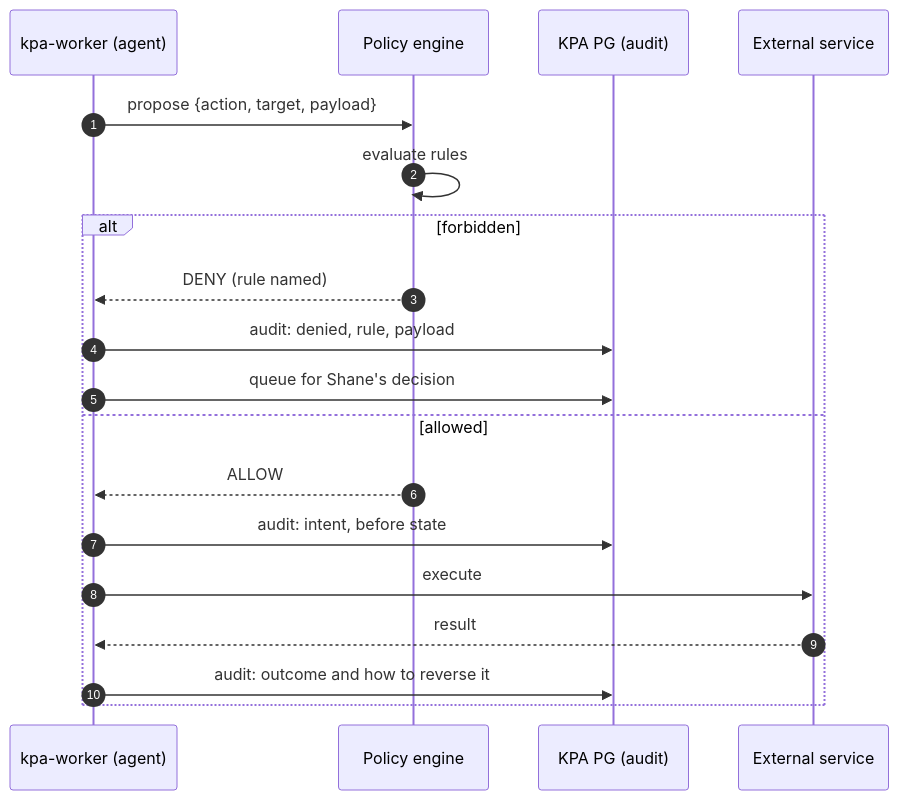
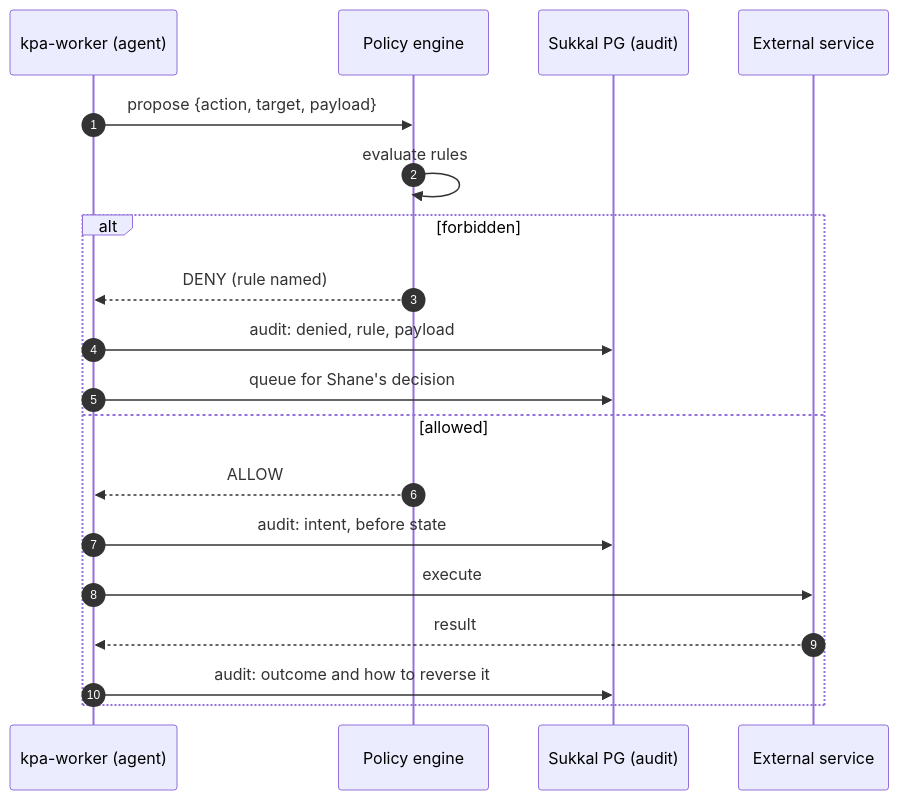
Before and after one commit to shanedolley/sukkal: the sixth of 6 diagrams in docs/project-brief.md, drawn with Mermaid. The commit also changed other lines of this file and 64 other files, not shown here.

````diff
--- a/docs/project-brief.md
+++ b/docs/project-brief.md
@@ -778,22 +814,22 @@
 ```mermaid
 sequenceDiagram
   autonumber
   participant A as kpa-worker (agent)
   participant Pol as Policy engine
-  participant P as KPA PG (audit)
+  participant P as Sukkal PG (audit)
   participant X as External service
 
   A->>Pol: propose {action, target, payload}
   Pol->>Pol: evaluate rules
   alt forbidden
     Pol-->>A: DENY (rule named)
     A->>P: audit: denied, rule, payload
     A->>P: queue for Shane's decision
   else allowed
     Pol-->>A: ALLOW
     A->>P: audit: intent, before state
     A->>X: execute
     X-->>A: result
     A->>P: audit: outcome and how to reverse it
   end
 ```
````
